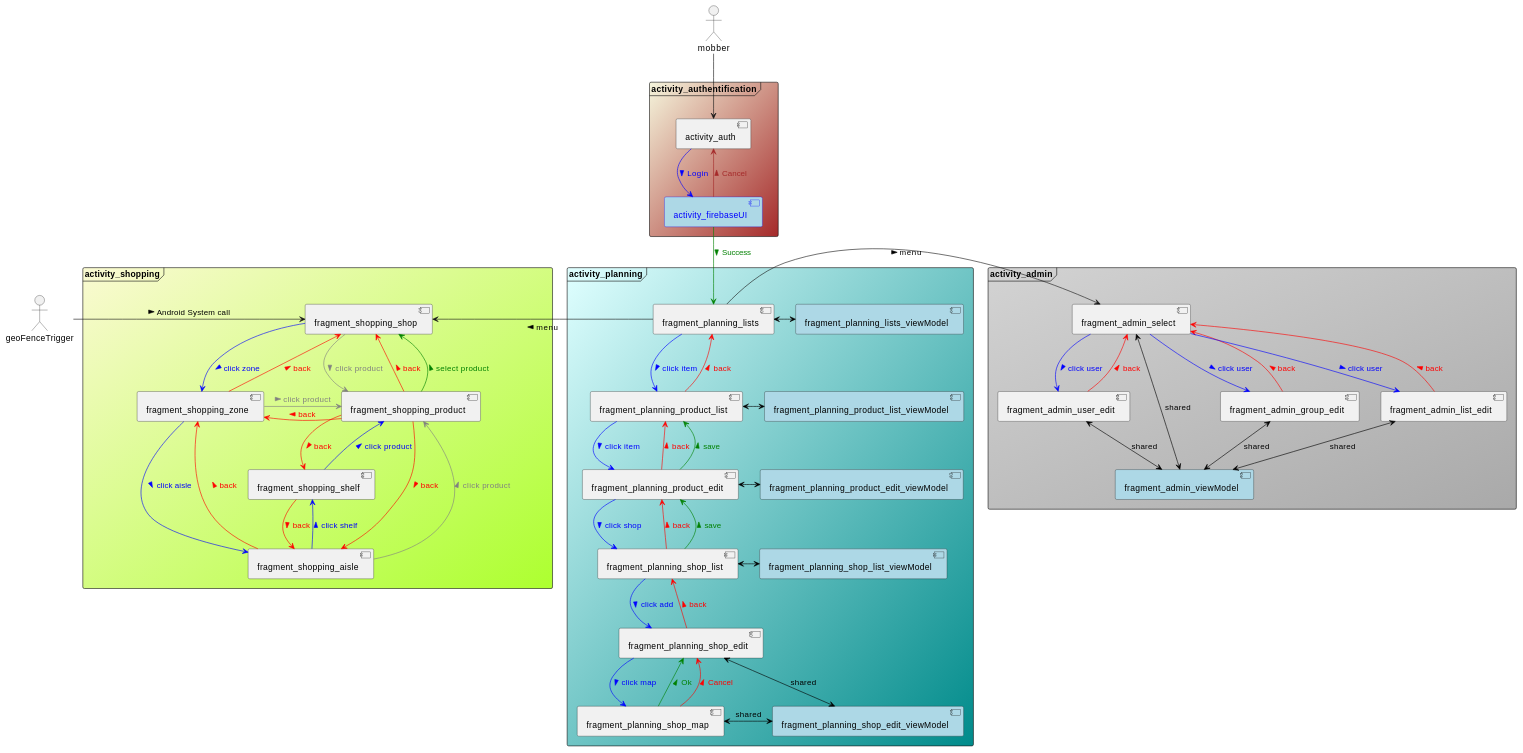
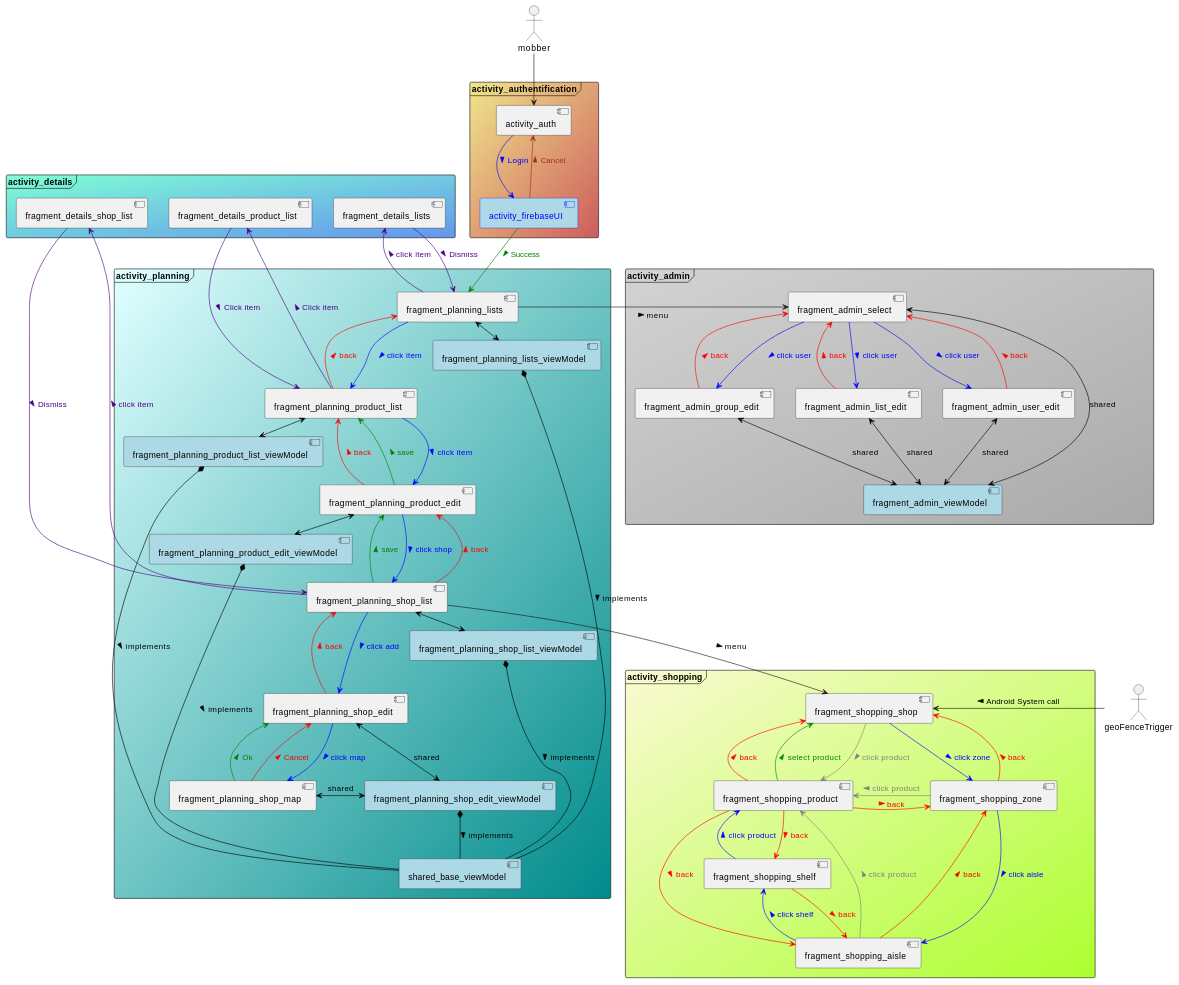
Before and after one commit to fwornle/ShopMob: the diagram in doc/puml/navigation.md, drawn with PlantUML.

Commit message:
update navigation UML (activity_details)

```diff
--- a/doc/puml/navigation.md
+++ b/doc/puml/navigation.md
@@ -12,7 +12,7 @@
     component fragment_shopping_shelf
     component fragment_shopping_product
 
-    geoFenceTrigger -right-> fragment_shopping_shop : Android System call >
+    geoFenceTrigger -left-> fragment_shopping_shop : Android System call >
 
     fragment_shopping_shop -down-> fragment_shopping_zone #blue;text:blue : click zone > 
     fragment_shopping_zone -down-> fragment_shopping_aisle #blue;text:blue : click aisle > 
@@ -51,7 +51,10 @@
     component fragment_planning_shop_list_viewModel #lightblue
     component fragment_planning_shop_edit_viewModel #lightblue
 
-    fragment_planning_lists -left-> fragment_shopping_shop : menu >
+    component shared_base_viewModel #lightblue
+
+
+    fragment_planning_shop_list -down-> fragment_shopping_shop : menu >
     
     fragment_planning_lists -down-> fragment_planning_product_list #blue;text:blue : click item > 
     fragment_planning_product_list -down-> fragment_planning_lists #red;text:red : back > 
@@ -77,6 +80,30 @@
     fragment_planning_shop_list_viewModel <-left-> fragment_planning_shop_list #black
     fragment_planning_shop_edit_viewModel <-left-> fragment_planning_shop_edit #black : shared
     fragment_planning_shop_edit_viewModel <-left-> fragment_planning_shop_map #black : shared
+
+    fragment_planning_lists_viewModel *-down- shared_base_viewModel #black : implements >
+    fragment_planning_product_list_viewModel *-down- shared_base_viewModel #black : implements >
+    fragment_planning_product_edit_viewModel *-down- shared_base_viewModel #black : implements >
+    fragment_planning_shop_list_viewModel *-down- shared_base_viewModel #black : implements >
+    fragment_planning_shop_edit_viewModel *-down- shared_base_viewModel #black : implements >
+
+}
+
+frame "activity_details" #aquamarine/cornflowerblue {
+    
+    component fragment_details_lists
+    component fragment_details_product_list
+    component fragment_details_shop_list
+
+
+    fragment_planning_lists -left-> fragment_details_lists #indigo;text:indigo : click item >
+    fragment_details_lists -down-> fragment_planning_lists #indigo;text:indigo : Dismiss >
+
+    fragment_planning_shop_list -left-> fragment_details_shop_list #indigo;text:indigo : click item >
+    fragment_details_shop_list -down-> fragment_planning_shop_list #indigo;text:indigo : Dismiss >
+
+    fragment_planning_product_list -left-> fragment_details_product_list #indigo;text:indigo : Click item > 
+    fragment_details_product_list -down-> fragment_planning_product_list #indigo;text:indigo : Click item > 
 
 }
 
@@ -110,7 +137,7 @@
 }
 
 
-frame "activity_authentification" #beige/brown {
+frame "activity_authentification" #khaki/indianred {
     
     component activity_auth
     component activity_firebaseUI #lightblue;text:blue;line:blue
```
